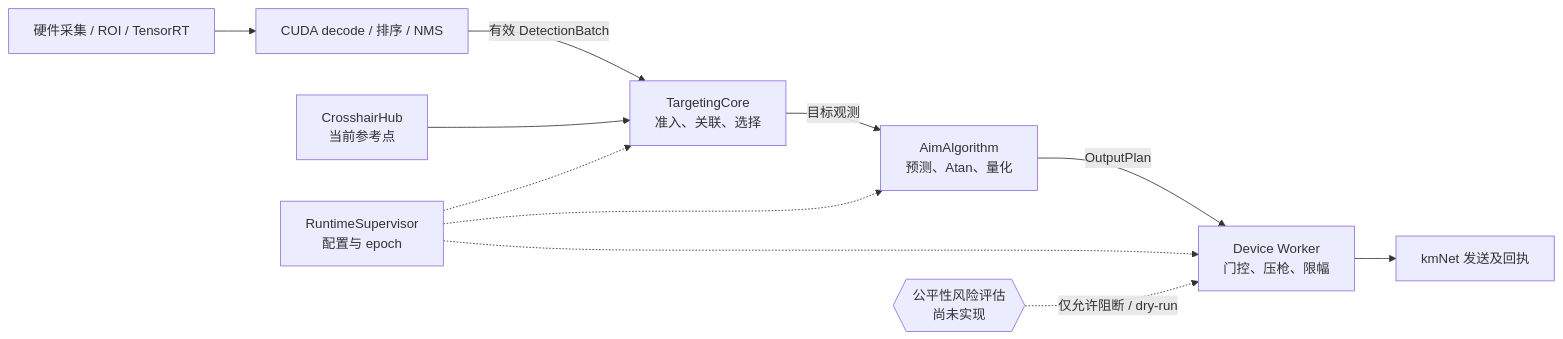
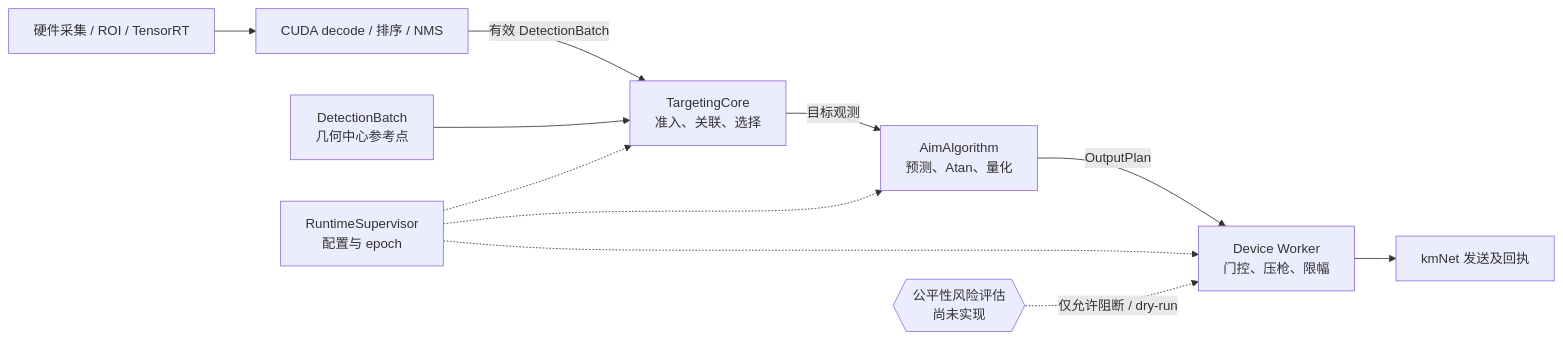
Before and after one commit to xi0yu/NovaSight: the diagram in docs/algorithm-self-check-map.md, drawn with Mermaid. The commit also changed other lines of this file and 50 other files, not shown here.

Commit message:
fix: unify control flow and runtime diagnostics

````diff
--- a/docs/algorithm-self-check-map.md
+++ b/docs/algorithm-self-check-map.md
@@ -5,13 +5,13 @@
 ```mermaid
 flowchart LR
     I[硬件采集 / ROI / TensorRT] --> D[CUDA decode / 排序 / NMS]
     D -->|有效 DetectionBatch| T[TargetingCore<br/>准入、关联、选择]
-    C[CrosshairHub<br/>当前参考点] --> T
+    C[DetectionBatch<br/>几何中心参考点] --> T
     T -->|目标观测| A[AimAlgorithm<br/>预测、Atan、量化]
     A -->|OutputPlan| O[Device Worker<br/>门控、压枪、限幅]
     O --> K[kmNet 发送及回执]
     R[RuntimeSupervisor<br/>配置与 epoch] -.-> T
     R -.-> A
     R -.-> O
     F{{公平性风险评估<br/>尚未实现}} -.->|仅允许阻断 / dry-run| O
 ```
````
